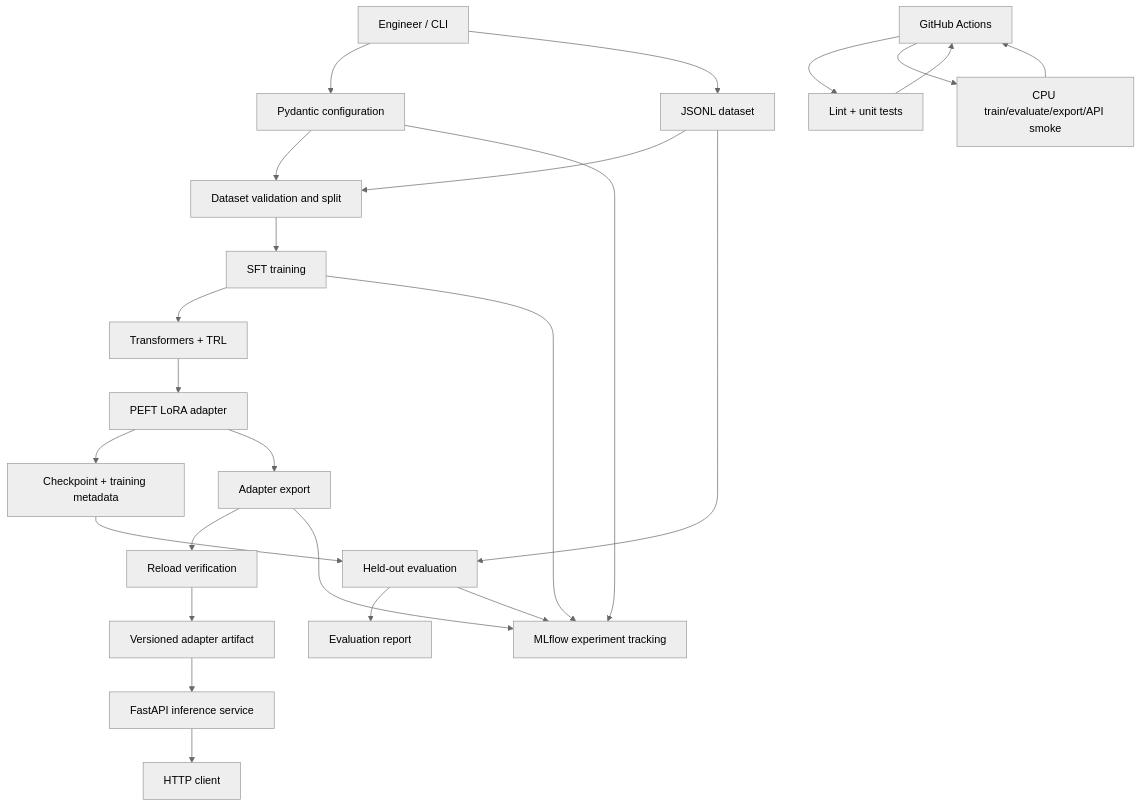
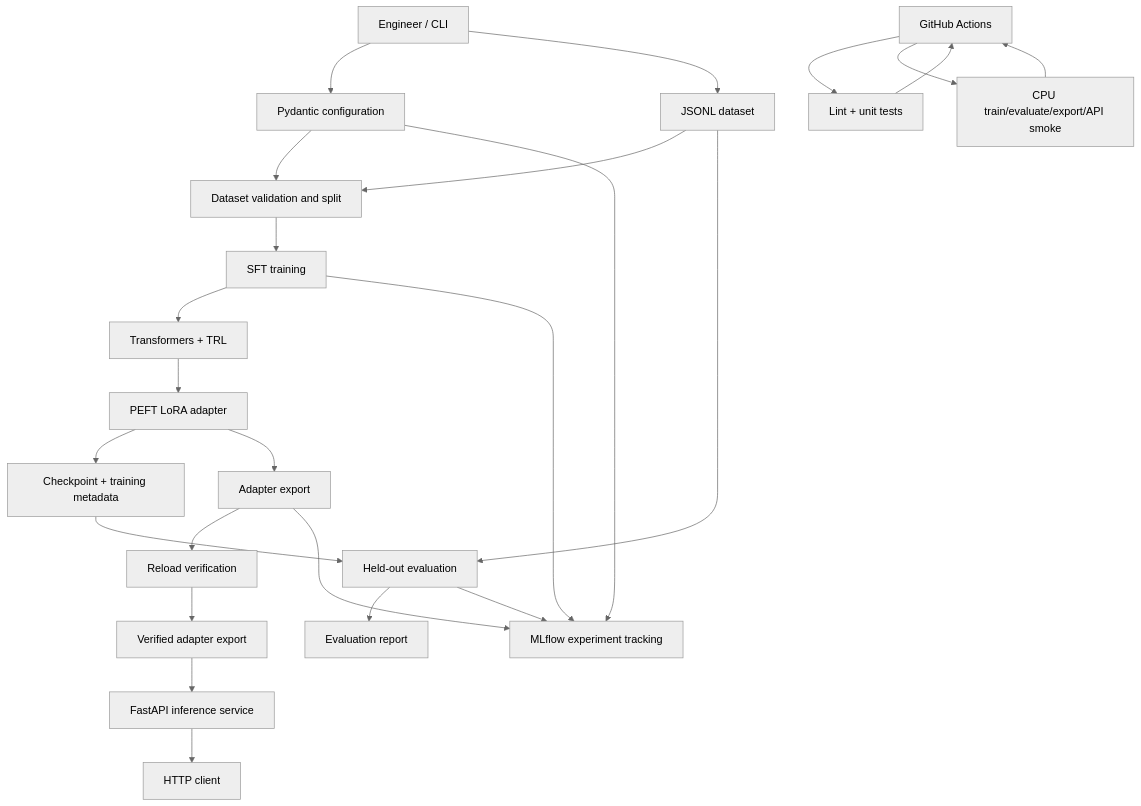
Before and after one commit to Sujeet-Kona/LoRAFlow: the diagram in docs/architecture.md, drawn with Mermaid (neutral theme).

Commit message:
docs: clarify adapter artifact lifecycle

````diff
--- a/docs/architecture.md
+++ b/docs/architecture.md
@@ -7,27 +7,27 @@
 ```mermaid
 flowchart TD
     USER["Engineer / CLI"] --> CFG["Pydantic configuration"]
     USER --> DATA["JSONL dataset"]
     CFG --> VALIDATE["Dataset validation and split"]
     DATA --> VALIDATE
     VALIDATE --> TRAIN["SFT training"]
     TRAIN --> MODEL["Transformers + TRL"]
     MODEL --> PEFT["PEFT LoRA adapter"]
     PEFT --> CKPT["Checkpoint + training metadata"]
     CKPT --> EVAL["Held-out evaluation"]
     DATA --> EVAL
     EVAL --> REPORT["Evaluation report"]
     PEFT --> EXPORT["Adapter export"]
     EXPORT --> RELOAD["Reload verification"]
-    RELOAD --> ARTIFACT["Versioned adapter artifact"]
+    RELOAD --> ARTIFACT["Verified adapter export"]
     ARTIFACT --> API["FastAPI inference service"]
     API --> CLIENT["HTTP client"]
     TRAIN --> TRACK["MLflow experiment tracking"]
     EVAL --> TRACK
     EXPORT --> TRACK
     CFG --> TRACK
     CI["GitHub Actions"] --> TEST["Lint + unit tests"]
     CI --> SMOKE["CPU train/evaluate/export/API smoke"]
     TEST --> CI
     SMOKE --> CI
 ```
````
